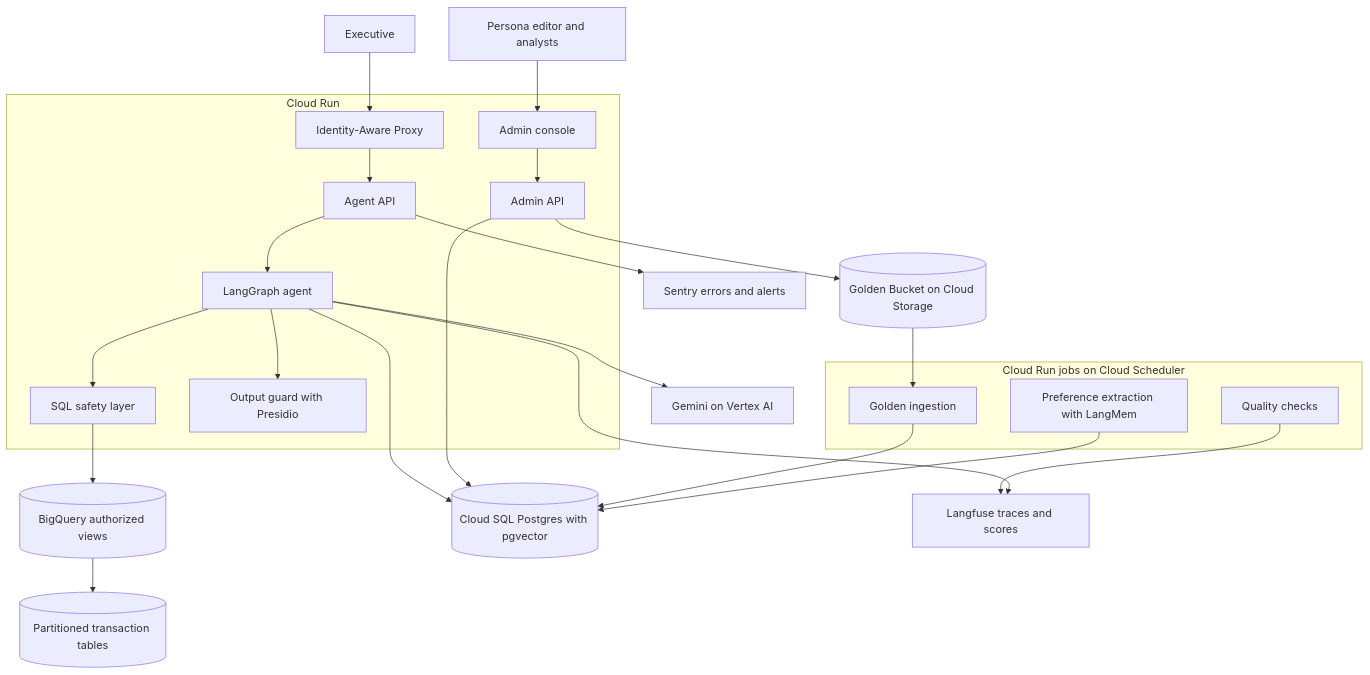
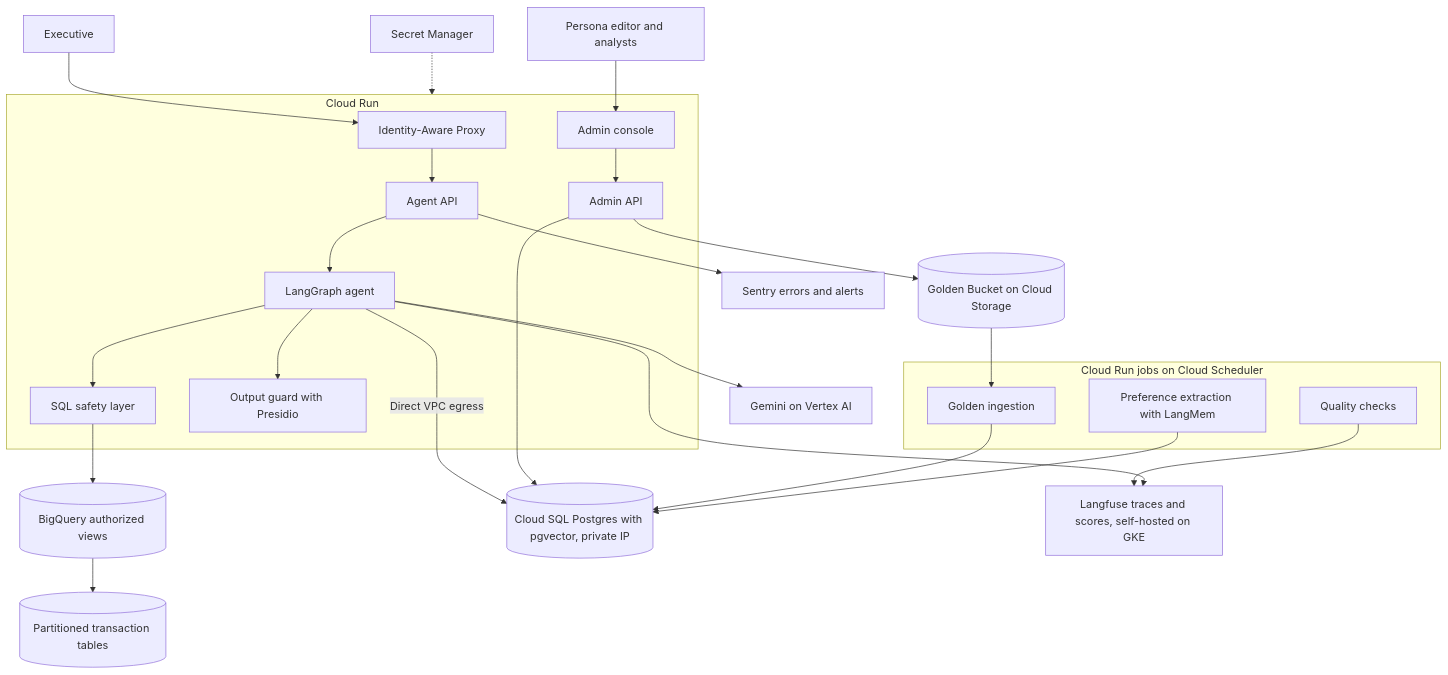
Before and after one commit to xdrBogdan22/opsfleet-assignment-retail-analyst: the first of 5 diagrams in docs/02-architecture.md, drawn with Mermaid. The commit also changed other lines of this file and 1 other file, not shown here.

First line of the commit message:
Name secrets, network and trace hosting in the production architecture

````diff
--- a/docs/02-architecture.md
+++ b/docs/02-architecture.md
@@ -42,34 +42,35 @@
 ```mermaid
 flowchart TB
     exec["Executive"] --> iap["Identity-Aware Proxy"]
     editor["Persona editor and analysts"] --> console["Admin console"]
 
     subgraph run["Cloud Run"]
         iap --> api["Agent API"]
         console --> adminapi["Admin API"]
         api --> agent["LangGraph agent"]
         agent --> sqlgate["SQL safety layer"]
         agent --> outguard["Output guard with Presidio"]
     end
 
     subgraph jobs["Cloud Run jobs on Cloud Scheduler"]
         ingest["Golden ingestion"]
         prefs["Preference extraction with LangMem"]
         quality["Quality checks"]
     end
 
     agent --> gemini["Gemini on Vertex AI"]
     sqlgate --> bq[("BigQuery authorized views")]
     bq --> raw[("Partitioned transaction tables")]
 
-    agent --> pg[("Cloud SQL Postgres with pgvector")]
+    agent -- "Direct VPC egress" --> pg[("Cloud SQL Postgres with pgvector, private IP")]
     adminapi --> pg
     gcs[("Golden Bucket on Cloud Storage")] --> ingest
     adminapi --> gcs
     ingest --> pg
     prefs --> pg
     quality --> langfuse
 
-    agent --> langfuse["Langfuse traces and scores"]
+    agent --> langfuse["Langfuse traces and scores, self-hosted on GKE"]
     api --> sentry["Sentry errors and alerts"]
+    secrets["Secret Manager"] -.-> run
 ```
````
